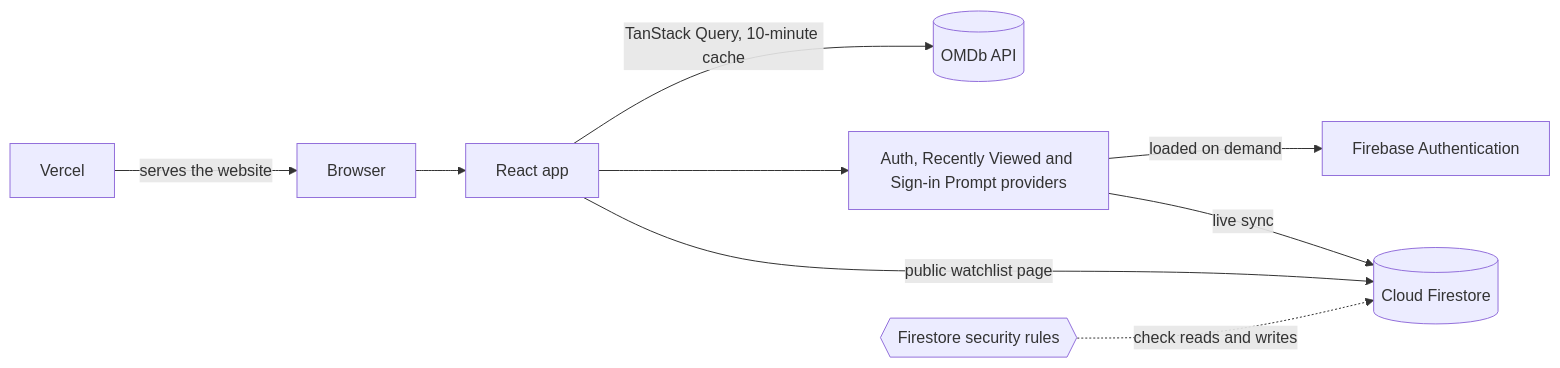
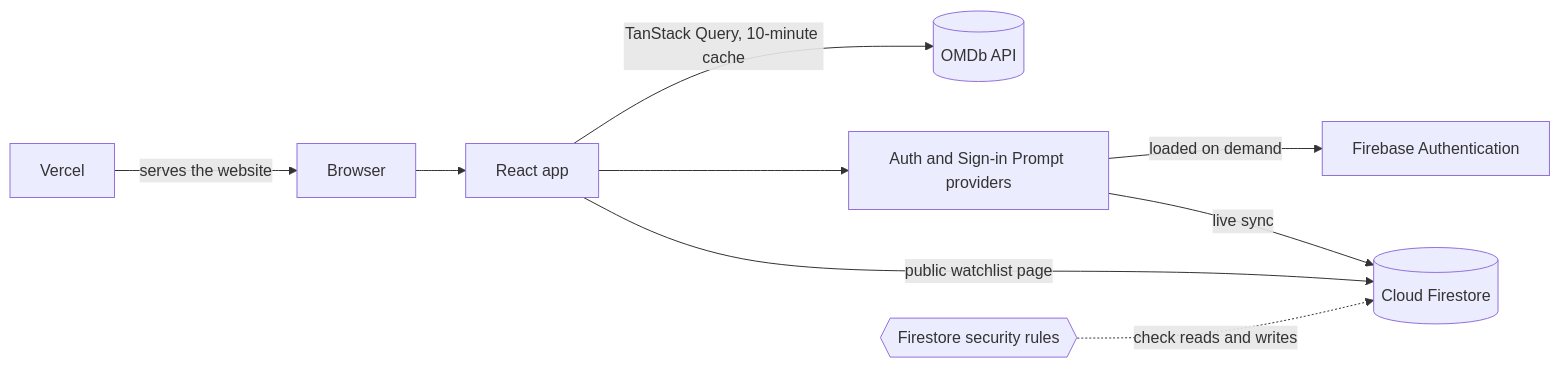
Before and after one commit to Rishikapurbey/ShowTime: the first of 4 diagrams in README.md, drawn with Mermaid. The commit also changed other lines of this file and 17 other files, not shown here.

Commit message:
Remove Recently Viewed from the app

````diff
--- a/README.md
+++ b/README.md
@@ -100,11 +99,11 @@
 ```mermaid
 flowchart LR
   User["Browser"] --> App["React app"]
   Vercel["Vercel"] -->|"serves the website"| User
   App -->|"TanStack Query, 10-minute cache"| OMDb[("OMDb API")]
-  App --> Providers["Auth, Recently Viewed and Sign-in Prompt providers"]
+  App --> Providers["Auth and Sign-in Prompt providers"]
   Providers -->|"loaded on demand"| Auth["Firebase Authentication"]
   Providers -->|"live sync"| Firestore[("Cloud Firestore")]
   App -->|"public watchlist page"| Firestore
   Rules{{"Firestore security rules"}} -.->|"check reads and writes"| Firestore
 ```
````
